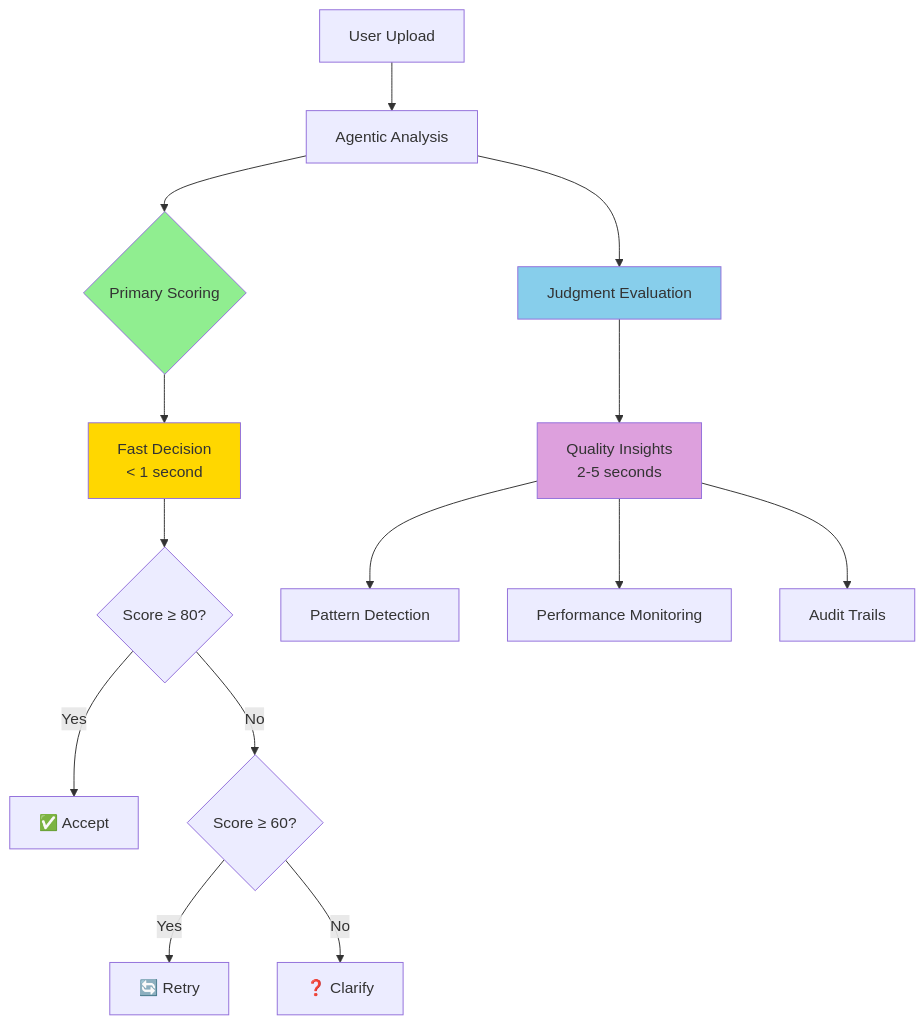
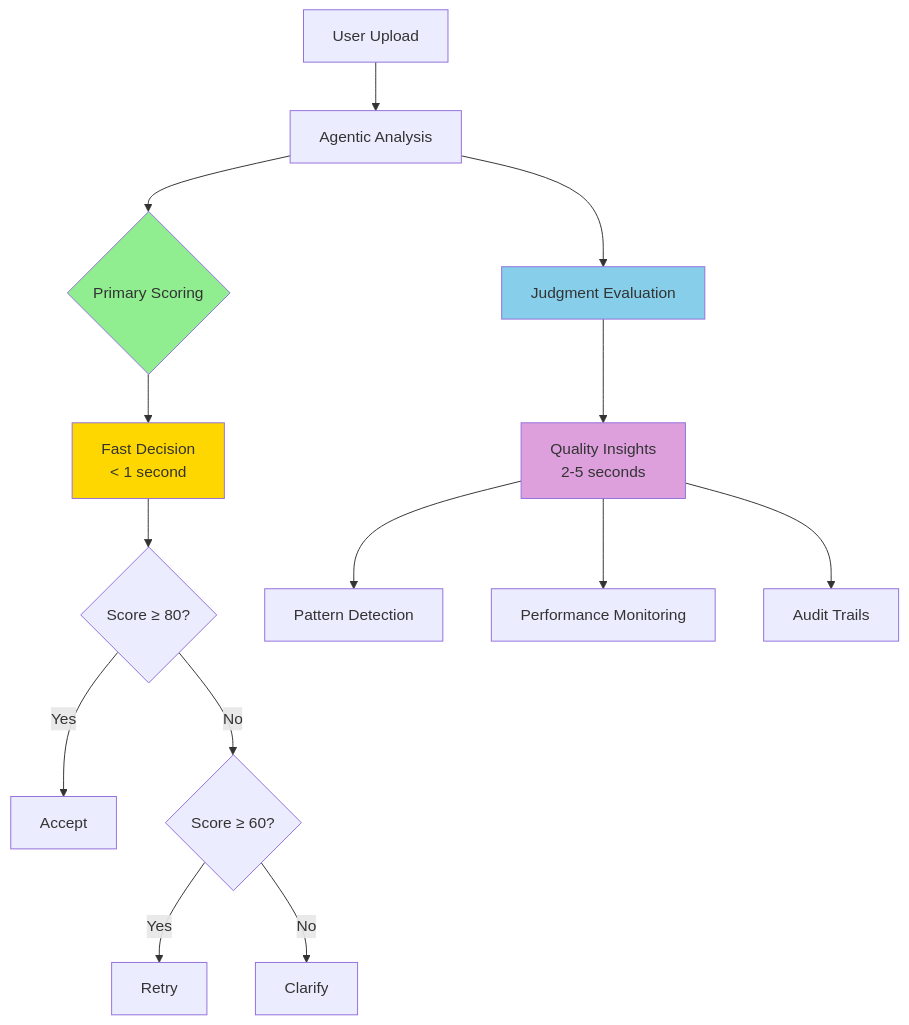
Before and after one commit to prajwalun/resume-critic: the diagram in README.md, drawn with Mermaid. The commit also changed other lines of this file and 24 other files, not shown here.

````diff
--- a/README.md
+++ b/README.md
@@ -38,23 +38,23 @@
 ```mermaid
 graph TD
     A[User Upload] --> B[Agentic Analysis]
     B --> C{Primary Scoring}
     B --> D[Judgment Evaluation]
     
     C --> E[Fast Decision<br/>< 1 second]
     E --> F{Score ≥ 80?}
-    F -->|Yes| G[✅ Accept]
+    F -->|Yes| G[Accept]
     F -->|No| H{Score ≥ 60?}
-    H -->|Yes| I[🔄 Retry]
-    H -->|No| J[❓ Clarify]
+    H -->|Yes| I[Retry]
+    H -->|No| J[Clarify]
     
     D --> K[Quality Insights<br/>2-5 seconds]
     K --> L[Pattern Detection]
     K --> M[Performance Monitoring]
     K --> N[Audit Trails]
     
     style C fill:#90EE90
     style D fill:#87CEEB
     style E fill:#FFD700
     style K fill:#DDA0DD
 ```
````
